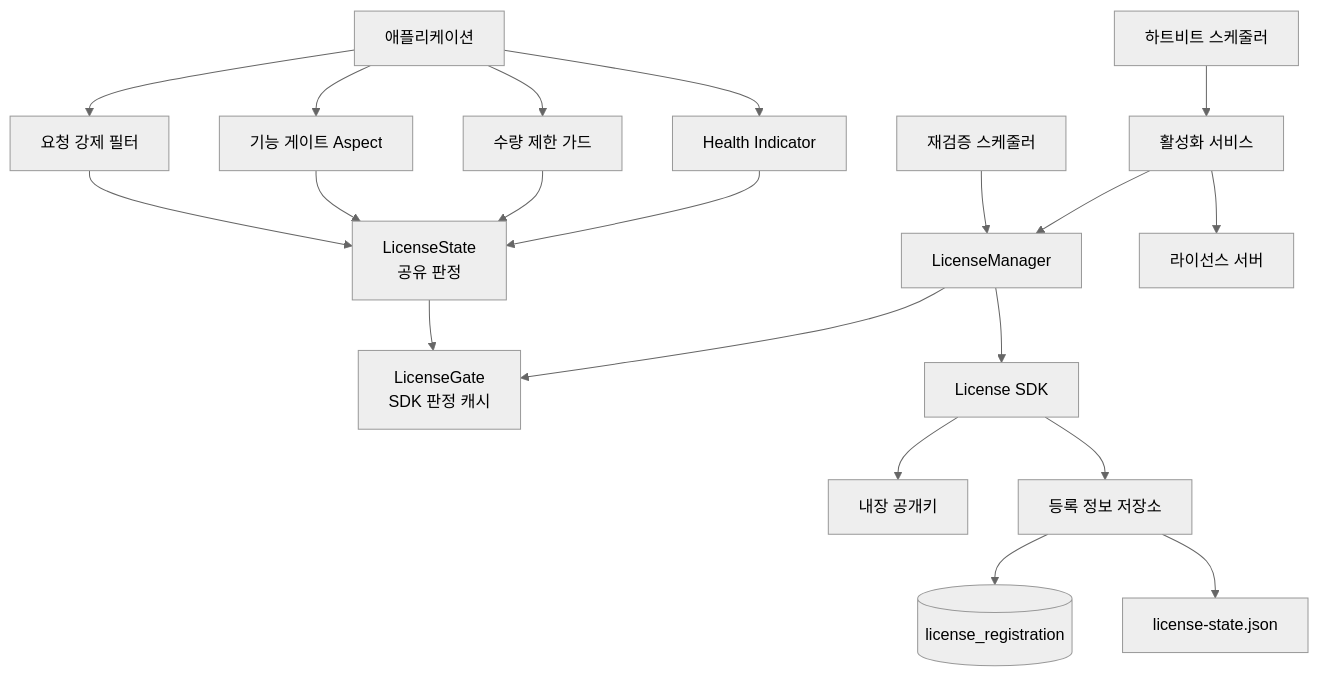
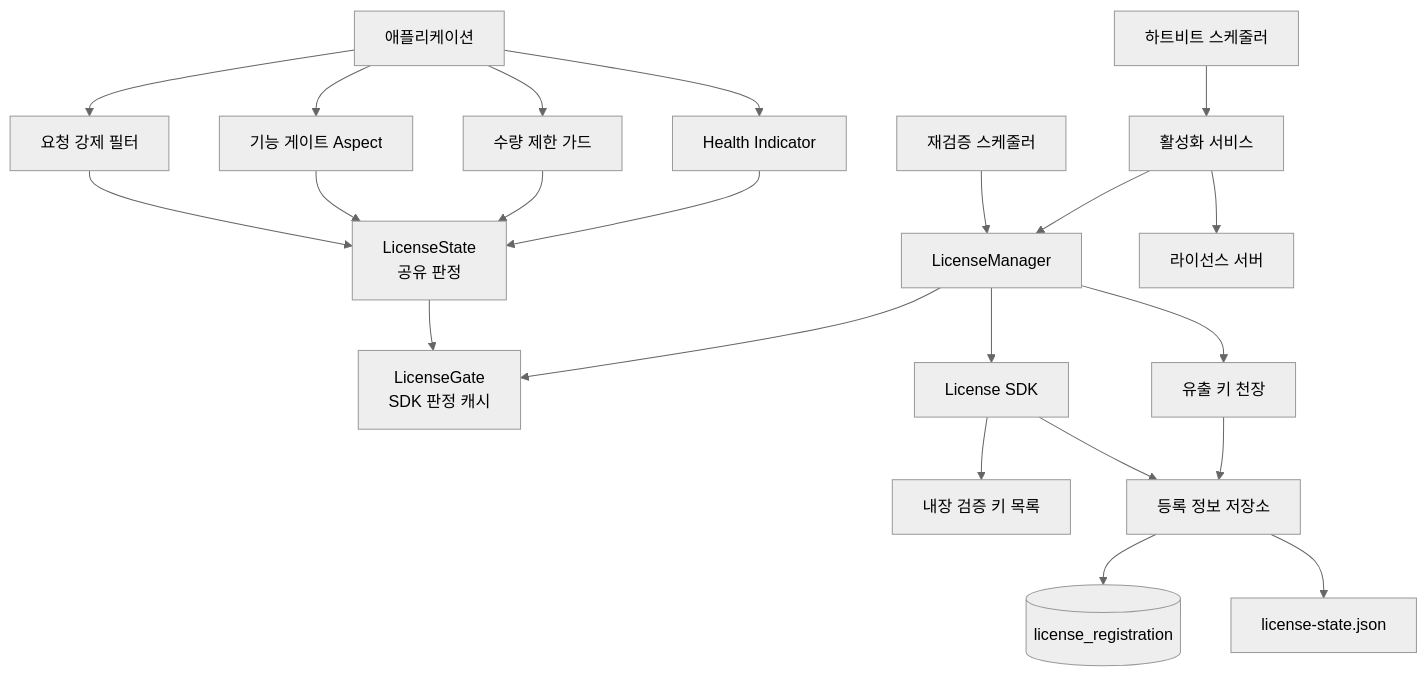
One commit to simplecore-inc/simplix changed the first of 3 diagrams in simplix-license/docs/ko/overview.md. Above: the diagram before and after it, drawn with Mermaid (neutral theme). The commit also changed other lines of this file and 22 other files, not shown here.

````diff
--- a/simplix-license/docs/ko/overview.md
+++ b/simplix-license/docs/ko/overview.md
@@ -30,26 +34,28 @@
 ```mermaid
 flowchart TD
     APP[애플리케이션] --> FILTER[요청 강제 필터]
     APP --> ASPECT[기능 게이트 Aspect]
     APP --> GUARD[수량 제한 가드]
     APP --> HEALTH[Health Indicator]
 
     FILTER --> STATE[LicenseState<br/>공유 판정]
     ASPECT --> STATE
     GUARD --> STATE
     HEALTH --> STATE
 
     STATE --> GATE[LicenseGate<br/>SDK 판정 캐시]
     MANAGER[LicenseManager] --> GATE
     MANAGER --> SDK[License SDK]
-    SDK --> KEY[내장 공개키]
+    MANAGER --> CEIL[유출 키 천장]
+    SDK --> KEY[내장 검증 키 목록]
     SDK --> STORE[등록 정보 저장소]
 
+    CEIL --> STORE
     STORE --> JPA[(license_registration)]
     STORE --> FILE[license-state.json]
 
     SCHED[재검증 스케줄러] --> MANAGER
     HB[하트비트 스케줄러] --> ACT[활성화 서비스]
     ACT --> MANAGER
     ACT --> SERVER[라이선스 서버]
 ```
````
